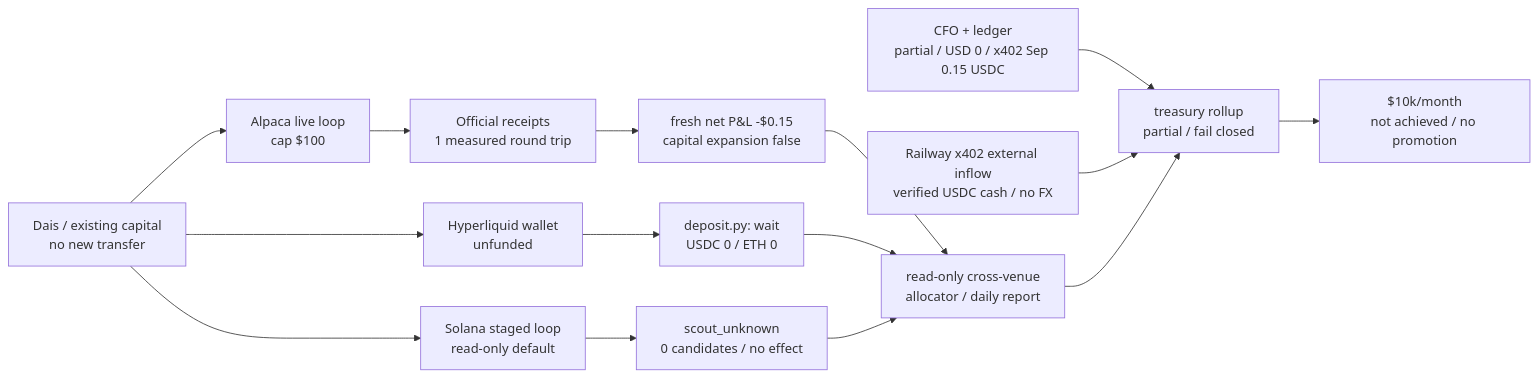
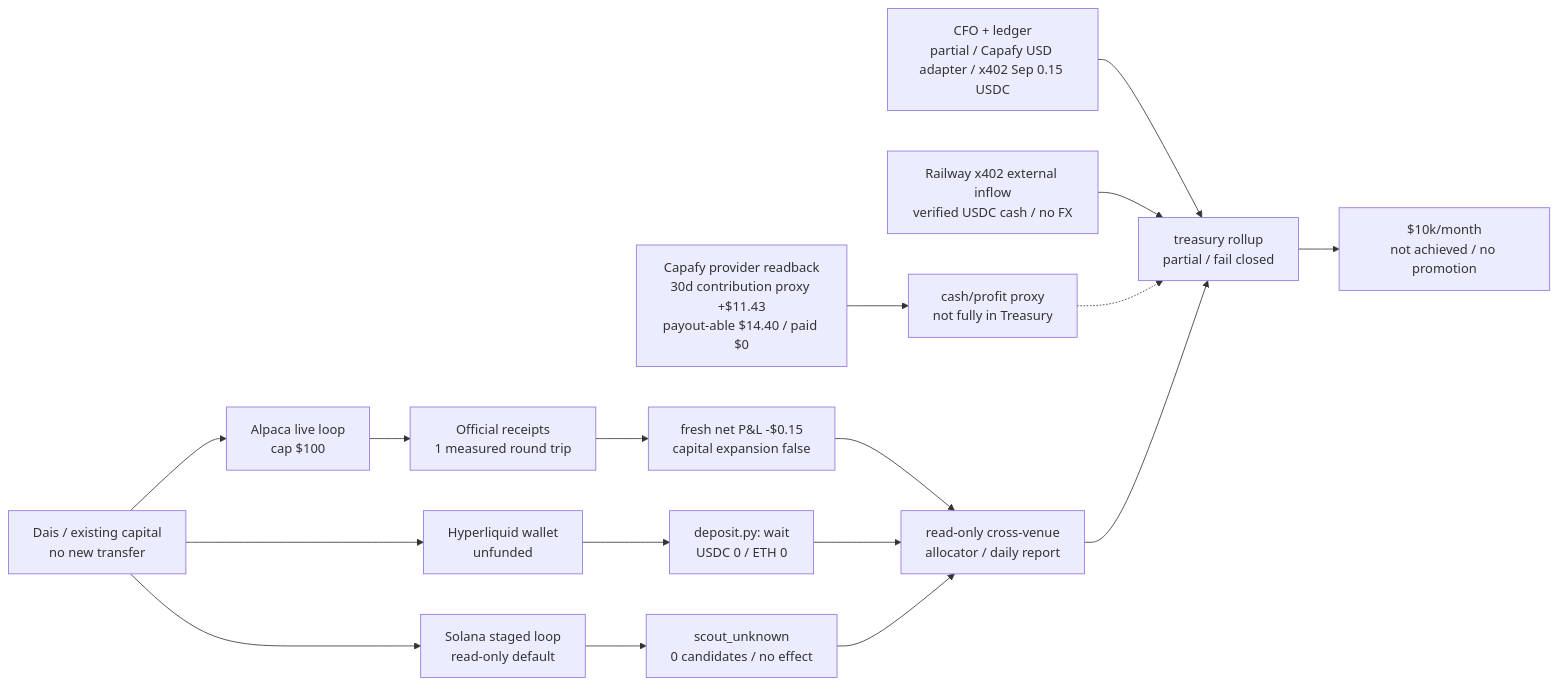
Before and after one commit to Daisuke134/life-manager: the first of 3 diagrams in docs/superpowers/plans/2026-09-28-investment-loop-generational-wealth.md, drawn with Mermaid. The commit also changed other lines of this file and 1 other file, not shown here.

Commit message:
docs: refresh investment cash engine evidence

````diff
--- a/docs/superpowers/plans/2026-09-28-investment-loop-generational-wealth.md
+++ b/docs/superpowers/plans/2026-09-28-investment-loop-generational-wealth.md
@@ -38,19 +38,21 @@
 ```mermaid
 flowchart LR
     Owner["Dais / existing capital\nno new transfer"] --> Alpaca["Alpaca live loop\ncap $100"]
     Owner --> HL["Hyperliquid wallet\nunfunded"]
     Owner --> Sol["Solana staged loop\nread-only default"]
 
     Alpaca --> AReceipt["Official receipts\n1 measured round trip"]
     AReceipt --> APerf["fresh net P&L -$0.15\ncapital expansion false"]
     HL --> HLWait["deposit.py: wait\nUSDC 0 / ETH 0"]
     Sol --> SolScout["scout_unknown\n0 candidates / no effect"]
 
     APerf --> Allocator["read-only cross-venue\nallocator / daily report"]
     HLWait --> Allocator
     SolScout --> Allocator
-    CFO["CFO + ledger\npartial / USD 0 / x402 Sep 0.15 USDC"] --> Treasury
+    CFO["CFO + ledger\npartial / Capafy USD adapter / x402 Sep 0.15 USDC"] --> Treasury
     X402["Railway x402 external inflow\nverified USDC cash / no FX"] --> Treasury
+    CAPAFY["Capafy provider readback\n30d contribution proxy +$11.43\npayout-able $14.40 / paid $0"] --> CAP_PROXY["cash/profit proxy\nnot fully in Treasury"]
+    CAP_PROXY -.-> Treasury
     Allocator --> Treasury["treasury rollup\npartial / fail closed"]
     Treasury --> Target["$10k/month\nnot achieved / no promotion"]
 ```
````
